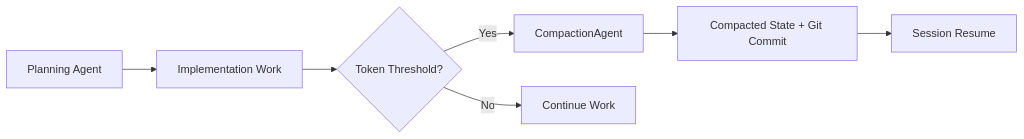
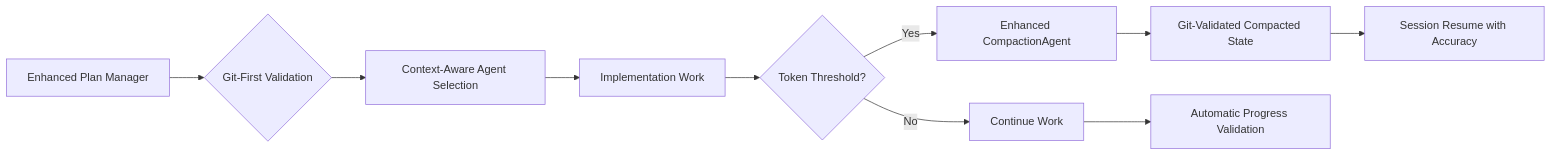
One commit to blalterman/SolarWindPy changed the fourth of 4 diagrams in .claude/agents/agents-index.md. Above: the diagram before and after it, drawn with Mermaid. The commit also changed other lines of this file and 6 other files, not shown here.

First line of the commit message:
feat(optimization): implement agent system optimization with 15-16% token reduction

````diff
--- a/.claude/agents/agents-index.md
+++ b/.claude/agents/agents-index.md
@@ -98,9 +98,12 @@
 ```mermaid
 graph LR
-    A[Planning Agent] --> B[Implementation Work]
-    B --> C{Token Threshold?}
-    C -->|Yes| D[CompactionAgent]
-    D --> E[Compacted State + Git Commit]
-    E --> F[Session Resume]
-    C -->|No| G[Continue Work]
+    A[Enhanced Plan Manager] --> B{Git-First Validation}
+    B --> C[Context-Aware Agent Selection]
+    C --> D[Implementation Work]
+    D --> E{Token Threshold?}
+    E -->|Yes| F[Enhanced CompactionAgent]
+    F --> G[Git-Validated Compacted State]
+    G --> H[Session Resume with Accuracy]
+    E -->|No| I[Continue Work]
+    I --> J[Automatic Progress Validation]
 ```
````
